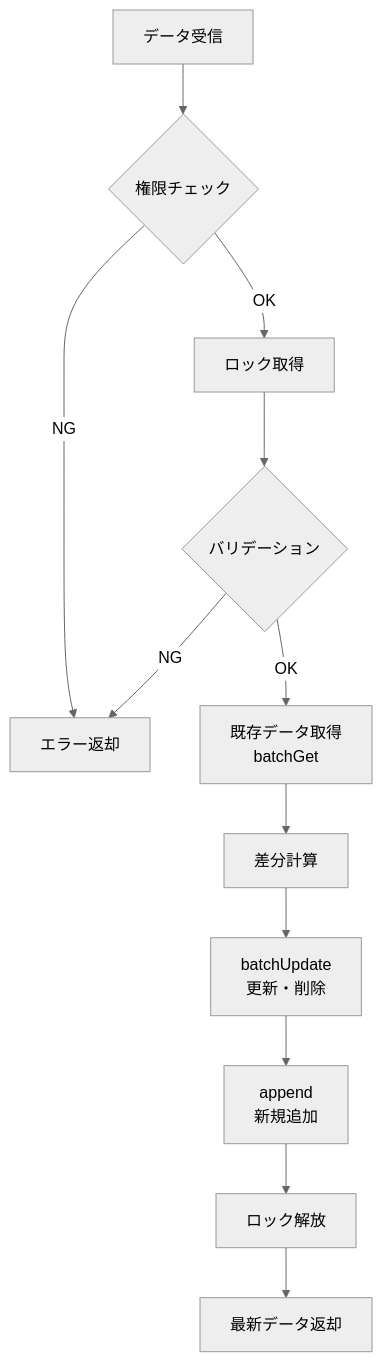
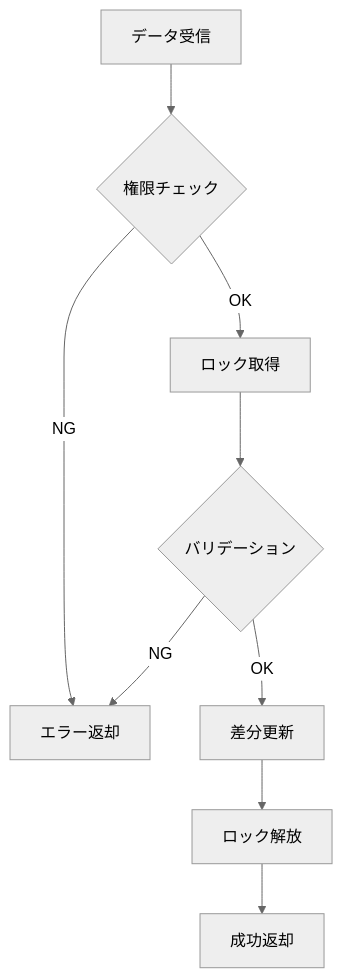
One commit to suzukishigeru4b/juken-survey-public changed the fourth of 9 diagrams in PROGRAM_SPECIFICATION.md. Above: the diagram before and after it, drawn with Mermaid (neutral theme). The commit also changed other lines of this file and 6 other files, not shown here.

````diff
--- a/PROGRAM_SPECIFICATION.md
+++ b/PROGRAM_SPECIFICATION.md
@@ -292,14 +228,11 @@
 ```mermaid
 flowchart TD
     A[データ受信] --> B{権限チェック}
     B -->|OK| C[ロック取得]
     B -->|NG| X[エラー返却]
     C --> D{バリデーション}
-    D -->|OK| E[既存データ取得<br/>batchGet]
+    D -->|OK| E[差分更新]
     D -->|NG| X
-    E --> F[差分計算]
-    F --> G[batchUpdate<br/>更新・削除]
-    G --> H[append<br/>新規追加]
-    H --> I[ロック解放]
-    I --> J[最新データ返却]
+    E --> F[ロック解放]
+    F --> G[成功返却]
 ```
````
